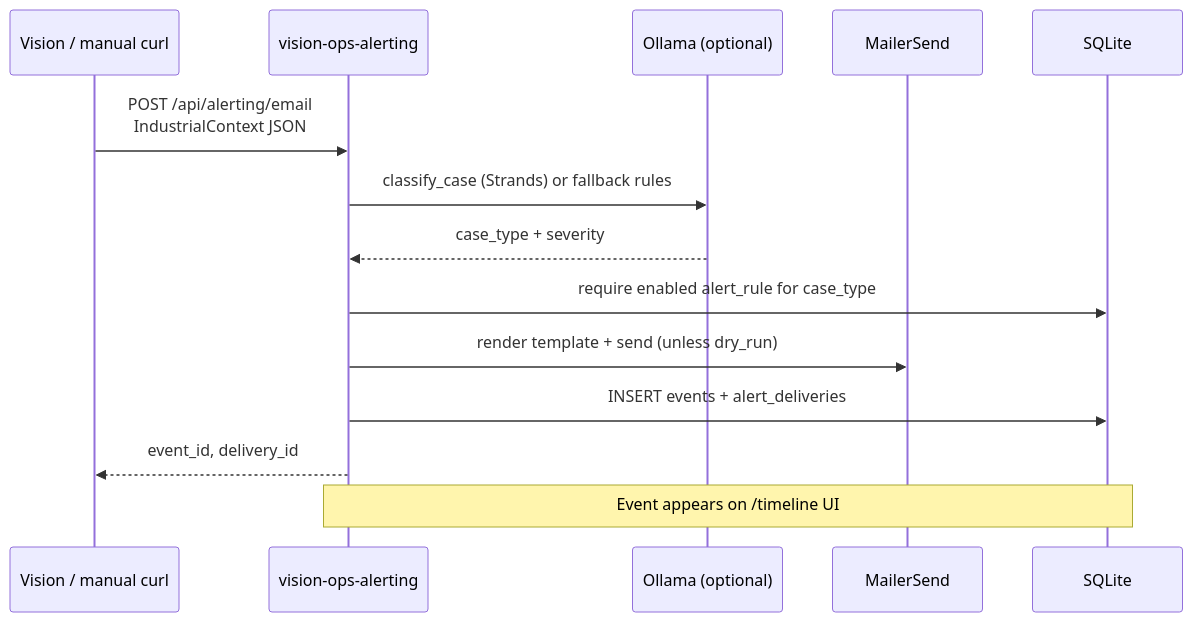
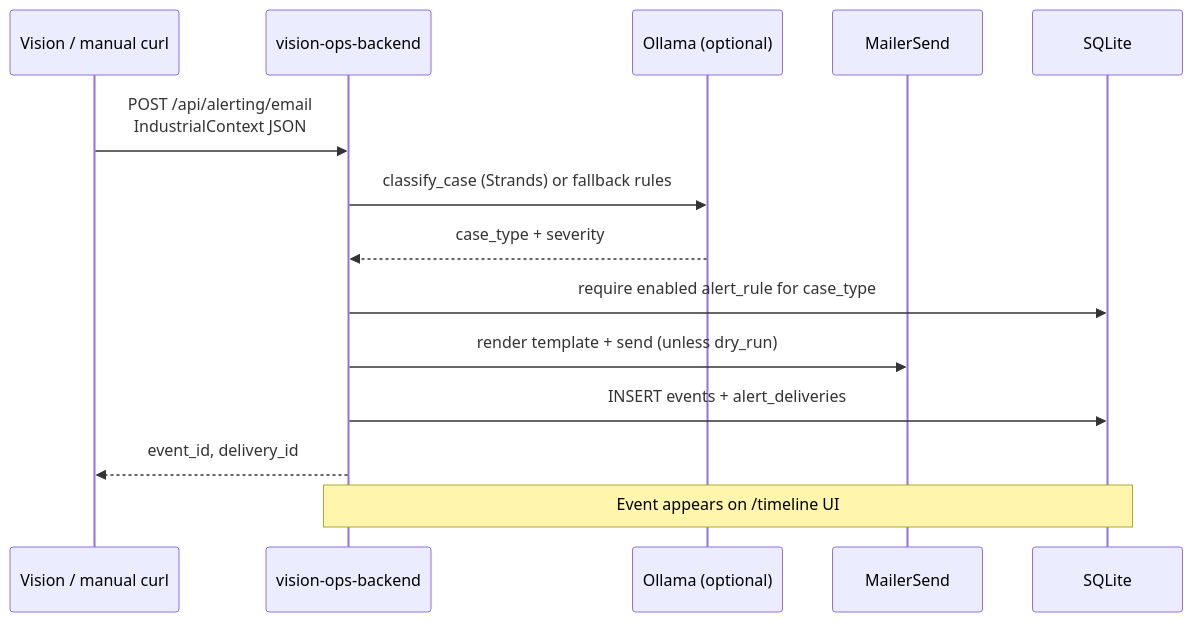
One commit to CarlosdelCastillo-Rey/AI-Co-Pilot-for-the-Production-Floor-See-Guide-Improve changed the third of 6 diagrams in README.md. Above: the diagram before and after it, drawn with Mermaid. The commit also changed other lines of this file and 305 other files, not shown here.

````diff
--- a/README.md
+++ b/README.md
@@ -225,17 +254,17 @@
 ```mermaid
 sequenceDiagram
     participant V as Vision / manual curl
-    participant A as vision-ops-alerting
+    participant B as vision-ops-backend
     participant O as Ollama (optional)
     participant M as MailerSend
     participant DB as SQLite
 
-    V->>A: POST /api/alerting/email<br/>IndustrialContext JSON
-    A->>O: classify_case (Strands) or fallback rules
-    O-->>A: case_type + severity
-    A->>DB: require enabled alert_rule for case_type
-    A->>M: render template + send (unless dry_run)
-    A->>DB: INSERT events + alert_deliveries
-    A-->>V: event_id, delivery_id
-    Note over A,DB: Event appears on /timeline UI
+    V->>B: POST /api/alerting/email<br/>IndustrialContext JSON
+    B->>O: classify_case (Strands) or fallback rules
+    O-->>B: case_type + severity
+    B->>DB: require enabled alert_rule for case_type
+    B->>M: render template + send (unless dry_run)
+    B->>DB: INSERT events + alert_deliveries
+    B-->>V: event_id, delivery_id
+    Note over B,DB: Event appears on /timeline UI
 ```
````
